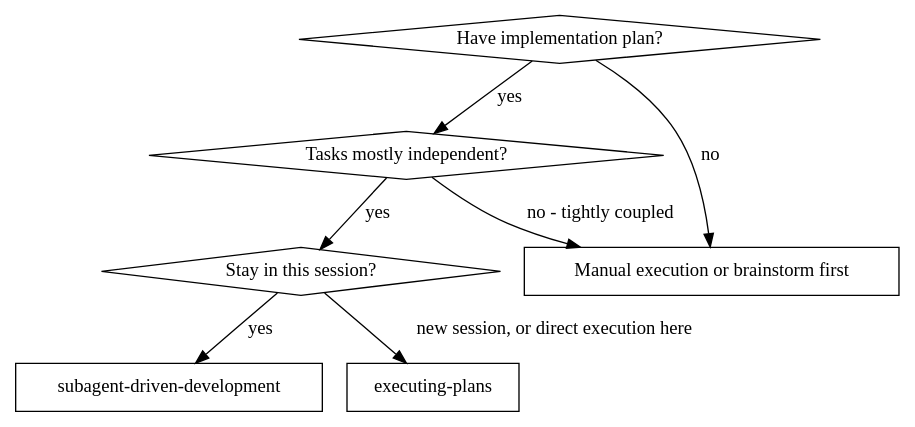
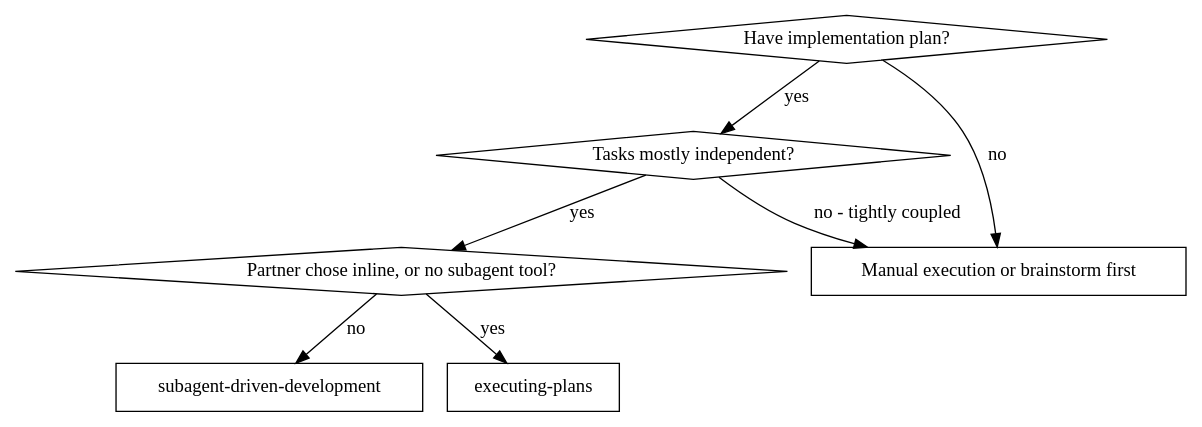
One commit to russelldx/skill-collection changed the first of 2 diagrams in skills/superpowers-subagent-driven-development/SKILL.md. Above: the diagram before and after it, drawn with Graphviz. The commit also changed other lines of this file and 171 other files, not shown here.

````diff
--- a/skills/superpowers-subagent-driven-development/SKILL.md
+++ b/skills/superpowers-subagent-driven-development/SKILL.md
@@ -18,17 +35,17 @@
 ```dot
 digraph when_to_use {
     "Have implementation plan?" [shape=diamond];
     "Tasks mostly independent?" [shape=diamond];
-    "Stay in this session?" [shape=diamond];
+    "Partner chose inline, or no subagent tool?" [shape=diamond];
     "subagent-driven-development" [shape=box];
     "executing-plans" [shape=box];
     "Manual execution or brainstorm first" [shape=box];
 
     "Have implementation plan?" -> "Tasks mostly independent?" [label="yes"];
     "Have implementation plan?" -> "Manual execution or brainstorm first" [label="no"];
-    "Tasks mostly independent?" -> "Stay in this session?" [label="yes"];
+    "Tasks mostly independent?" -> "Partner chose inline, or no subagent tool?" [label="yes"];
     "Tasks mostly independent?" -> "Manual execution or brainstorm first" [label="no - tightly coupled"];
-    "Stay in this session?" -> "subagent-driven-development" [label="yes"];
-    "Stay in this session?" -> "executing-plans" [label="new session, or direct execution here"];
+    "Partner chose inline, or no subagent tool?" -> "executing-plans" [label="yes"];
+    "Partner chose inline, or no subagent tool?" -> "subagent-driven-development" [label="no"];
 }
 ```
````
